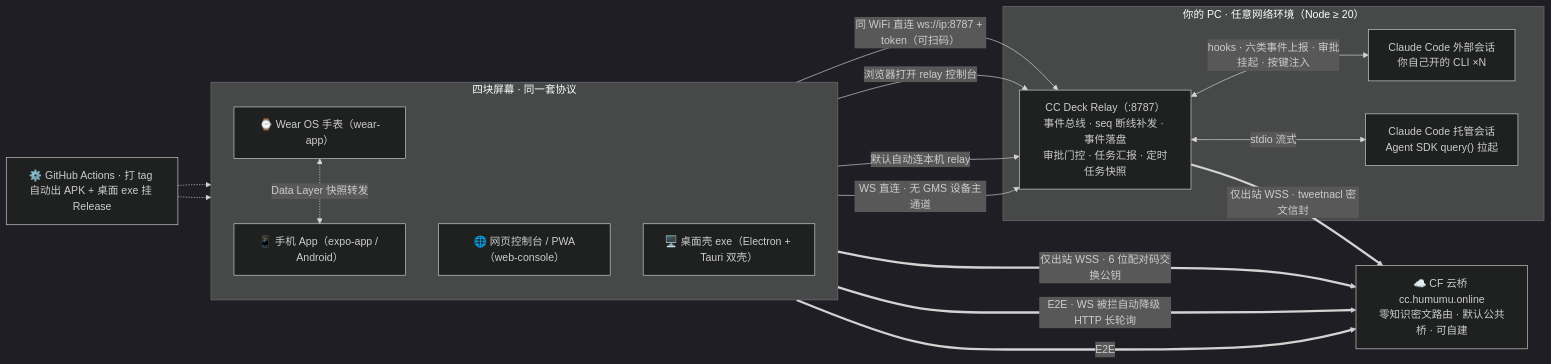
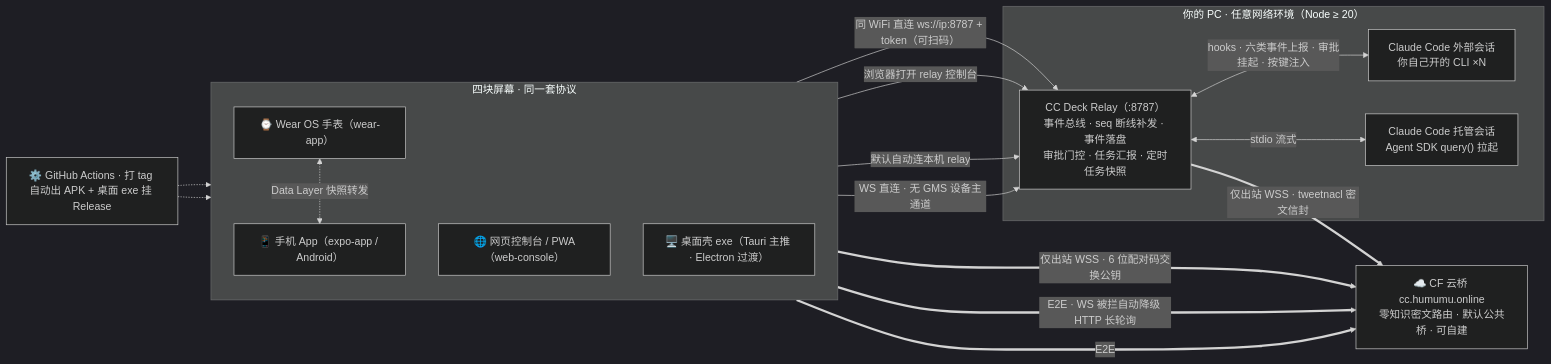
One commit to humumu130/cc-deck changed the diagram in README.md. Above: the diagram before and after it, drawn with Mermaid (dark theme). The commit also changed other lines of this file, not shown here.

Commit message:
docs: 桌面壳表述改「Tauri 主推、Electron 过渡期保留」

````diff
--- a/README.md
+++ b/README.md
@@ -35,35 +35,35 @@
 ```mermaid
 flowchart LR
     subgraph SCR["四块屏幕 · 同一套协议"]
         direction TB
         APP["📱 手机 App（expo-app / Android）"]
         WATCH["⌚ Wear OS 手表（wear-app）"]
         WEB["🌐 网页控制台 / PWA（web-console）"]
-        EXE["🖥️ 桌面壳 exe（Electron + Tauri 双壳）"]
+        EXE["🖥️ 桌面壳 exe（Tauri 主推 · Electron 过渡）"]
     end
 
     CLOUD["☁️ CF 云桥 cc.humumu.online<br/>零知识密文路由 · 默认公共桥 · 可自建"]
 
     subgraph PC["你的 PC · 任意网络环境（Node ≥ 20）"]
         RELAY["CC Deck Relay（:8787）<br/>事件总线 · seq 断线补发 · 事件落盘<br/>审批门控 · 任务汇报 · 定时任务快照"]
         EXT["Claude Code 外部会话<br/>你自己开的 CLI ×N"]
         HOSTED["Claude Code 托管会话<br/>Agent SDK query() 拉起"]
         RELAY <-->|"hooks · 六类事件上报 · 审批挂起 · 按键注入"| EXT
         RELAY <-->|"stdio 流式"| HOSTED
     end
 
     APP -->|"同 WiFi 直连 ws://ip:8787 + token（可扫码）"| RELAY
     WEB -->|"浏览器打开 relay 控制台"| RELAY
     EXE -->|"默认自动连本机 relay"| RELAY
     WATCH -->|"WS 直连 · 无 GMS 设备主通道"| RELAY
     WATCH <-.->|"Data Layer 快照转发"| APP
 
     RELAY ==>|"仅出站 WSS · tweetnacl 密文信封"| CLOUD
     APP ==>|"仅出站 WSS · 6 位配对码交换公钥"| CLOUD
     WEB ==>|"E2E · WS 被拦自动降级 HTTP 长轮询"| CLOUD
     EXE ==>|"E2E"| CLOUD
 
     CI["⚙️ GitHub Actions · 打 tag 自动出 APK + 桌面 exe 挂 Release"]
     CI -.-> APP
     CI -.-> EXE
 ```
````
